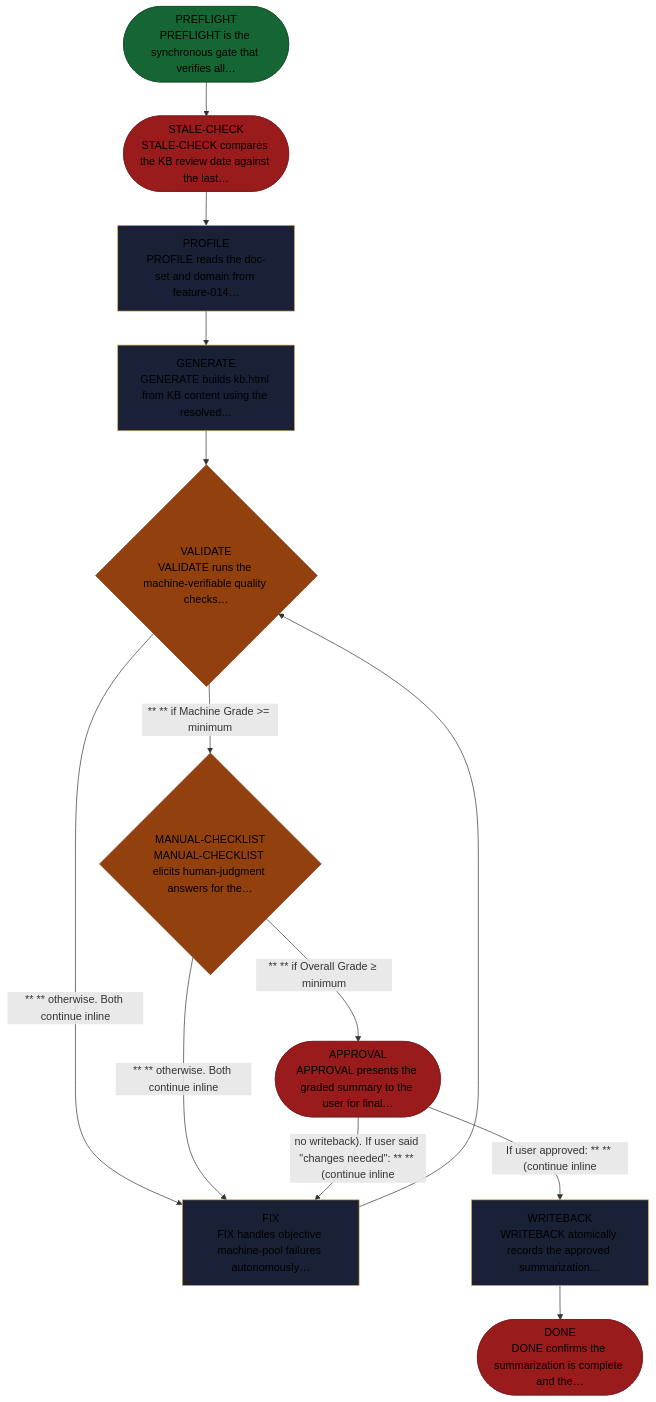
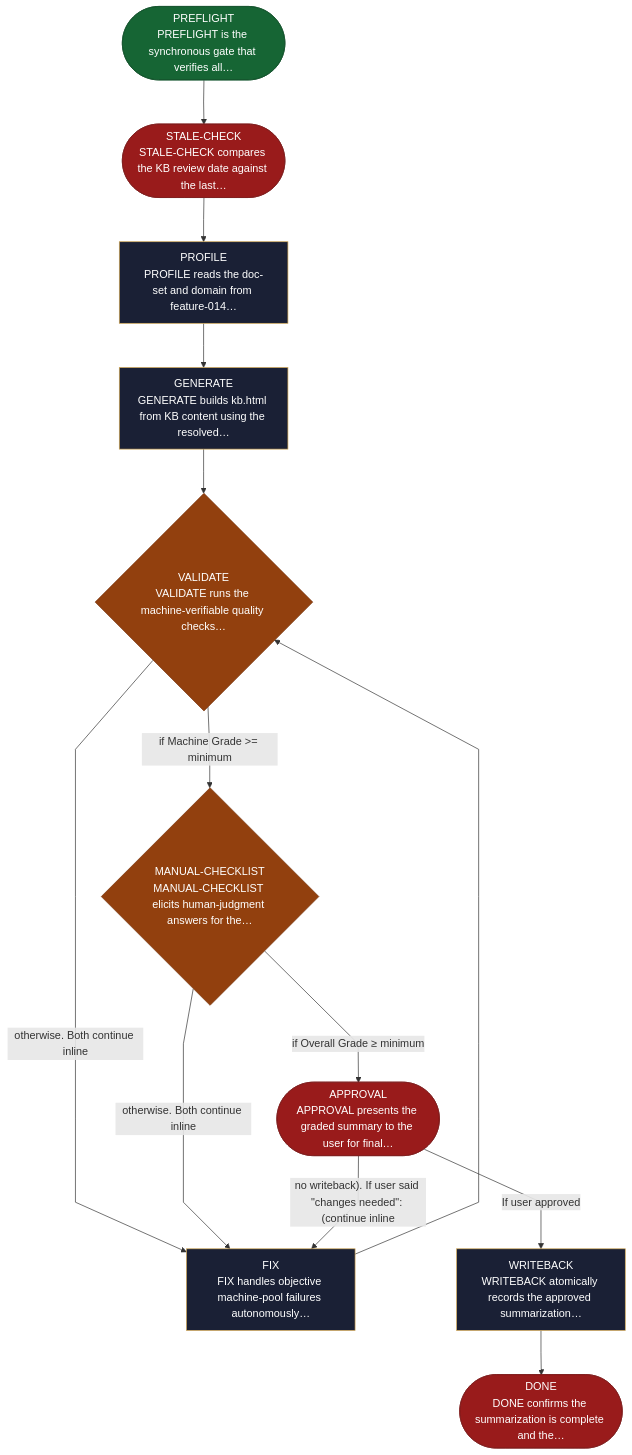
One commit to AndreVianna/aid-methodology changed the diagram in site/src/content/docs/skills/aid-summarize.md. Above: the diagram before and after it, drawn with Mermaid. The commit also changed 37 other files, not shown here.

````diff
--- a/site/src/content/docs/skills/aid-summarize.md
+++ b/site/src/content/docs/skills/aid-summarize.md
@@ -20,51 +20,52 @@
 ```mermaid
+%%{init: {'flowchart': {'nodeSpacing': 55, 'rankSpacing': 65, 'curve': 'linear', 'padding': 12, 'useMaxWidth': true}}}%%
 flowchart TB
-  classDef aidNode color:inherit
+  classDef aidNode color:#fff
   classDef aidEntry fill:#166534,stroke:#14532d,color:#fff
   classDef aidExit fill:#991b1b,stroke:#7f1d1d,color:#fff
   classDef aidDecision fill:#92400e,stroke:#78350f,color:#fff
   classDef aidLoopBack fill:#1e3a8a,stroke:#1e3a8a,color:#fff
   classDef aidStep fill:#1a2035,stroke:#d4a853,color:#f1f5f9
   n1(["PREFLIGHT<br/>PREFLIGHT is the synchronous gate that verifies all…"])
   n2(["STALE-CHECK<br/>STALE-CHECK compares the KB review date against the last…"])
   n3["PROFILE<br/>PROFILE reads the doc-set and domain from feature-014…"]
   n4["GENERATE<br/>GENERATE builds kb.html from KB content using the resolved…"]
   n5{"VALIDATE<br/>VALIDATE runs the machine-verifiable quality checks…"}
   n6{"MANUAL-CHECKLIST<br/>MANUAL-CHECKLIST elicits human-judgment answers for the…"}
   n7["FIX<br/>FIX handles objective machine-pool failures autonomously…"]
   n8(["APPROVAL<br/>APPROVAL presents the graded summary to the user for final…"])
   n9["WRITEBACK<br/>WRITEBACK atomically records the approved summarization…"]
   n10(["DONE<br/>DONE confirms the summarization is complete and the…"])
   n1 --> n2
   n2 --> n3
   n3 --> n4
   n4 --> n5
-  n5 -->|"** ** if Machine Grade &gt;= minimum"| n6
-  n5 -->|"** ** otherwise. Both continue inline"| n7
-  n6 -->|"** ** otherwise. Both continue inline"| n7
-  n6 -->|"** ** if Overall Grade ≥ minimum"| n8
+  n5 -->|"if Machine Grade &gt;= minimum"| n6
+  n5 -->|"otherwise. Both continue inline"| n7
+  n6 -->|"otherwise. Both continue inline"| n7
+  n6 -->|"if Overall Grade ≥ minimum"| n8
   n7 --> n5
-  n8 -->|"no writeback). If user said &quot;changes needed&quot;: ** ** (continue inline"| n7
-  n8 -->|"If user approved: ** ** (continue inline"| n9
+  n8 -->|"no writeback). If user said &quot;changes needed&quot;: (continue inline"| n7
+  n8 -->|"If user approved"| n9
   n9 --> n10
   class n1 aidEntry
   class n2 aidExit
   class n3 aidStep
   class n4 aidStep
   class n5 aidDecision
   class n6 aidDecision
   class n7 aidStep
   class n8 aidExit
   class n9 aidStep
   class n10 aidExit
   class n1 aidNode
   class n2 aidNode
   class n3 aidNode
   class n4 aidNode
   class n5 aidNode
   class n6 aidNode
   class n7 aidNode
   class n8 aidNode
   class n9 aidNode
   class n10 aidNode
 ```
````
